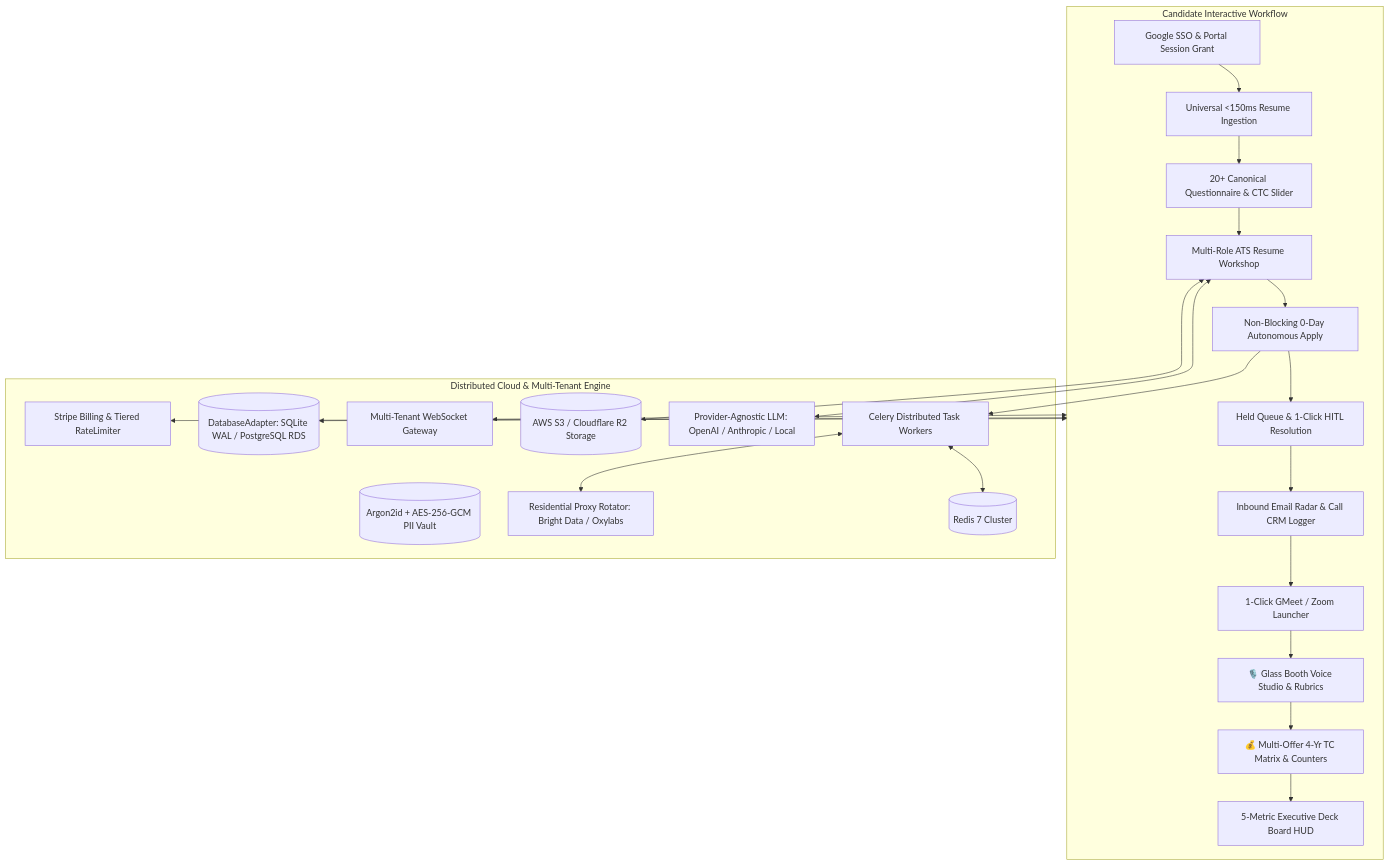
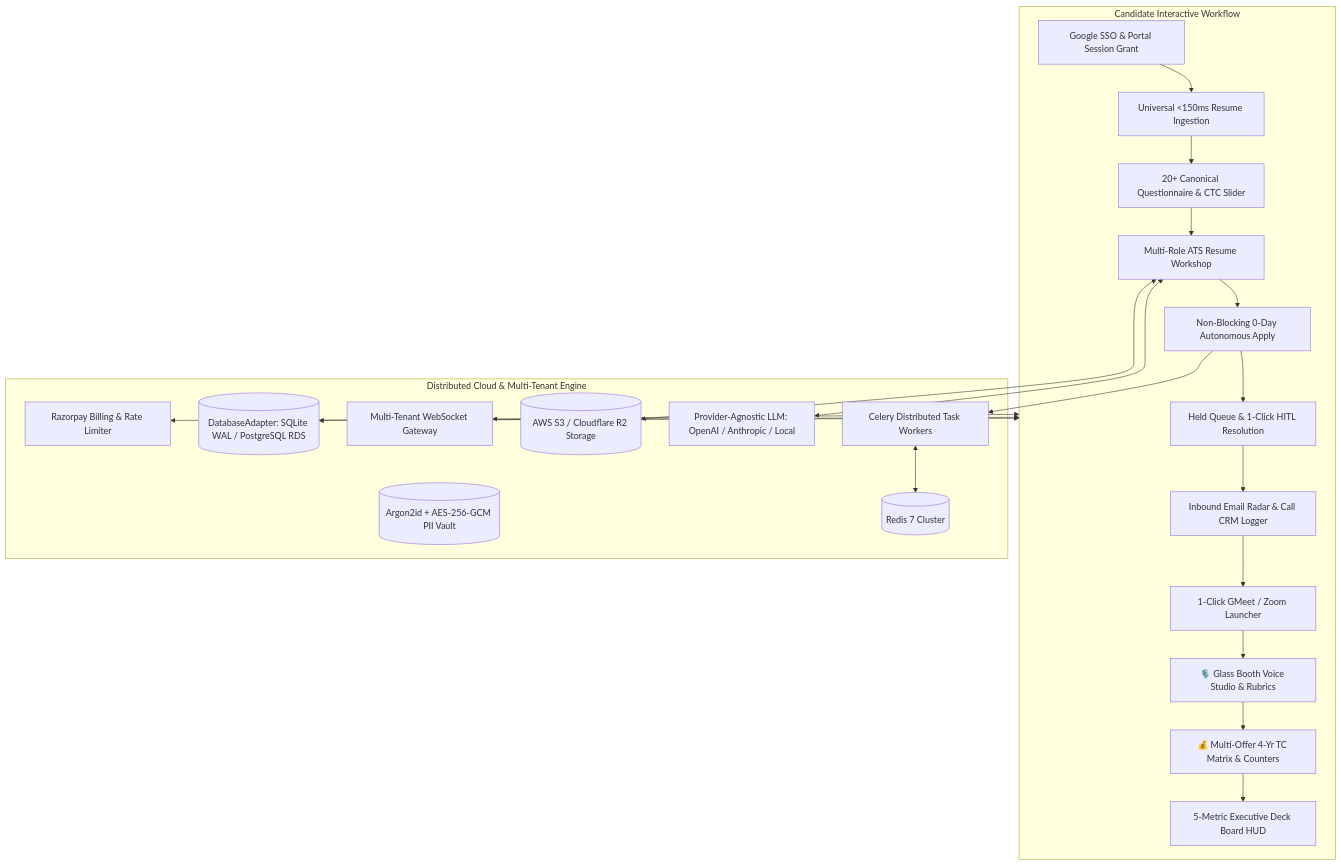
The diagram in README.md (satyajit7018/JobCopilot), drawn with Mermaid before and after one commit. The commit also changed other lines of this file and 58 other files, not shown here.

````diff
--- a/README.md
+++ b/README.md
@@ -61,36 +61,34 @@
 ```mermaid
 flowchart TD
     subgraph CandidateJourney [Candidate Interactive Workflow]
         A[Google SSO & Portal Session Grant] --> B[Universal <150ms Resume Ingestion]
         B --> C[20+ Canonical Questionnaire & CTC Slider]
         C --> D[Multi-Role ATS Resume Workshop]
         D --> E[Non-Blocking 0-Day Autonomous Apply]
         E --> F[Held Queue & 1-Click HITL Resolution]
         F --> G[Inbound Email Radar & Call CRM Logger]
         G --> H[1-Click GMeet / Zoom Launcher]
         H --> I[🎙️ Glass Booth Voice Studio & Rubrics]
         I --> J[💰 Multi-Offer 4-Yr TC Matrix & Counters]
         J --> K[5-Metric Executive Deck Board HUD]
     end
 
     subgraph DistributedSaaS [Distributed Cloud & Multi-Tenant Engine]
         DB[(DatabaseAdapter: SQLite WAL / PostgreSQL RDS)]
         Vault[(Argon2id + AES-256-GCM PII Vault)]
         LLM[Provider-Agnostic LLM: OpenAI / Anthropic / Local]
         Redis[(Redis 7 Cluster)]
         CeleryWorker[Celery Distributed Task Workers]
         S3Storage[(AWS S3 / Cloudflare R2 Storage)]
-        ProxyPool[Residential Proxy Rotator: Bright Data / Oxylabs]
         WSGateway[Multi-Tenant WebSocket Gateway]
-        StripeGateway[Stripe Billing & Tiered RateLimiter]
+        BillingGateway[Razorpay Billing & Rate Limiter]
     end
 
     CandidateJourney <--> WSGateway
     CandidateJourney <--> DB
     D <--> LLM
     E --> CeleryWorker
     CeleryWorker <--> Redis
-    CeleryWorker <--> ProxyPool
     D <--> S3Storage
-    CandidateJourney <--> StripeGateway
+    CandidateJourney <--> BillingGateway
 ```
````
